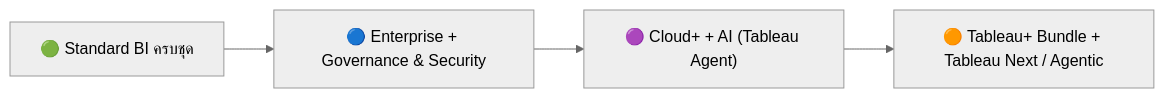
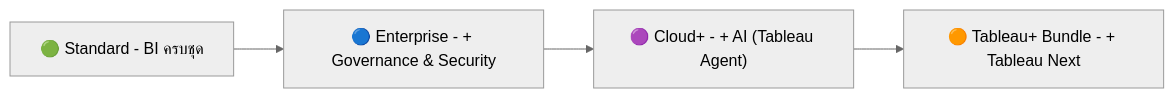
One commit to thenaritlab/tableau-cloud-editions-comparison changed the first of 2 diagrams in README.md. Above: the diagram before and after it, drawn with Mermaid (neutral theme). The commit also changed other lines of this file, not shown here.

First line of the commit message:
Update to 9 Oct 2026; verify against Tableau & Salesforce sources; add site roles, AI, success plans, Cloud vs Server vs Next

````diff
--- a/README.md
+++ b/README.md
@@ -35,6 +40,6 @@
 ```mermaid
 flowchart LR
-    A["🟢 Standard BI ครบชุด"] --> B["🔵 Enterprise + Governance & Security"]
-    B --> C["🟣 Cloud+ + AI (Tableau Agent)"]
-    C --> D["🟠 Tableau+ Bundle + Tableau Next / Agentic"]
+    A["🟢 Standard - BI ครบชุด"] --> B["🔵 Enterprise - + Governance & Security"]
+    B --> C["🟣 Cloud+ - + AI (Tableau Agent)"]
+    C --> D["🟠 Tableau+ Bundle - + Tableau Next"]
 ```
````
